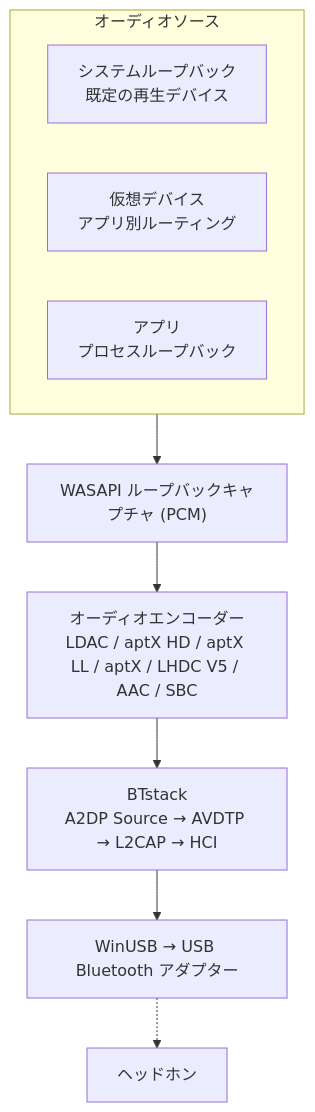
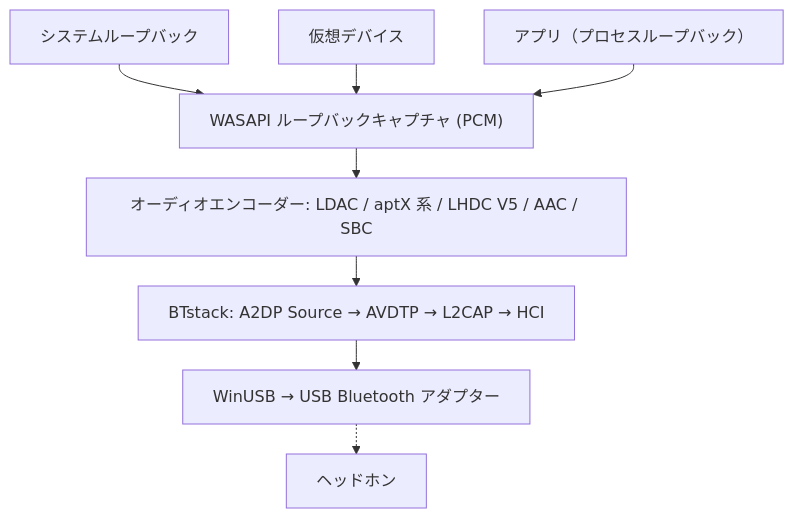
Before and after one commit to SeiyaFunaokaJP/A2DP-Windows-Bridge: the diagram in docs/ja/index.md, drawn with Mermaid. The commit also changed 5 other files, not shown here.

First line of the commit message:
docs: keep Mermaid diagram labels on one line

````diff
--- a/docs/ja/index.md
+++ b/docs/ja/index.md
@@ -99,14 +99,17 @@
 ```mermaid
+---
+config:
+  flowchart:
+    wrappingWidth: 480
+    rankSpacing: 30
+---
 flowchart TD
-    subgraph src["オーディオソース"]
-        direction LR
-        s1["システムループバック<br/>既定の再生デバイス"]
-        s2["仮想デバイス<br/>アプリ別ルーティング"]
-        s3["アプリ<br/>プロセスループバック"]
-    end
-    src --> cap["WASAPI ループバックキャプチャ (PCM)"]
-    cap --> enc["オーディオエンコーダー<br/>LDAC / aptX HD / aptX LL / aptX / LHDC V5 / AAC / SBC"]
-    enc --> bt["BTstack<br/>A2DP Source → AVDTP → L2CAP → HCI"]
+    s1["システムループバック"]
+    s2["仮想デバイス"]
+    s3["アプリ（プロセスループバック）"]
+    s1 & s2 & s3 --> cap["WASAPI ループバックキャプチャ (PCM)"]
+    cap --> enc["オーディオエンコーダー: LDAC / aptX 系 / LHDC V5 / AAC / SBC"]
+    enc --> bt["BTstack: A2DP Source → AVDTP → L2CAP → HCI"]
     bt --> usb["WinUSB → USB Bluetooth アダプター"]
     usb -.-> hp["ヘッドホン"]
 ```
````
